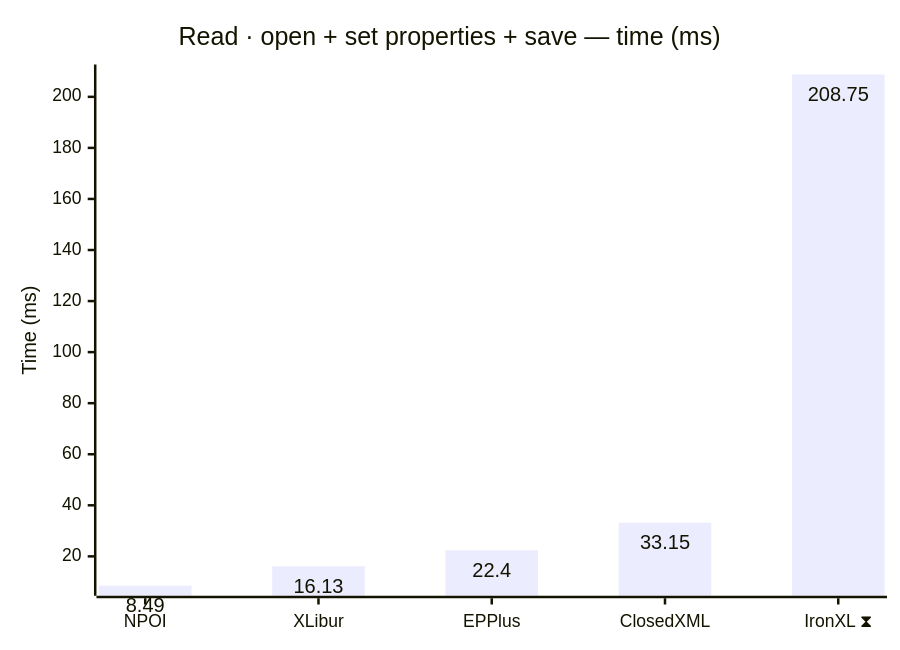
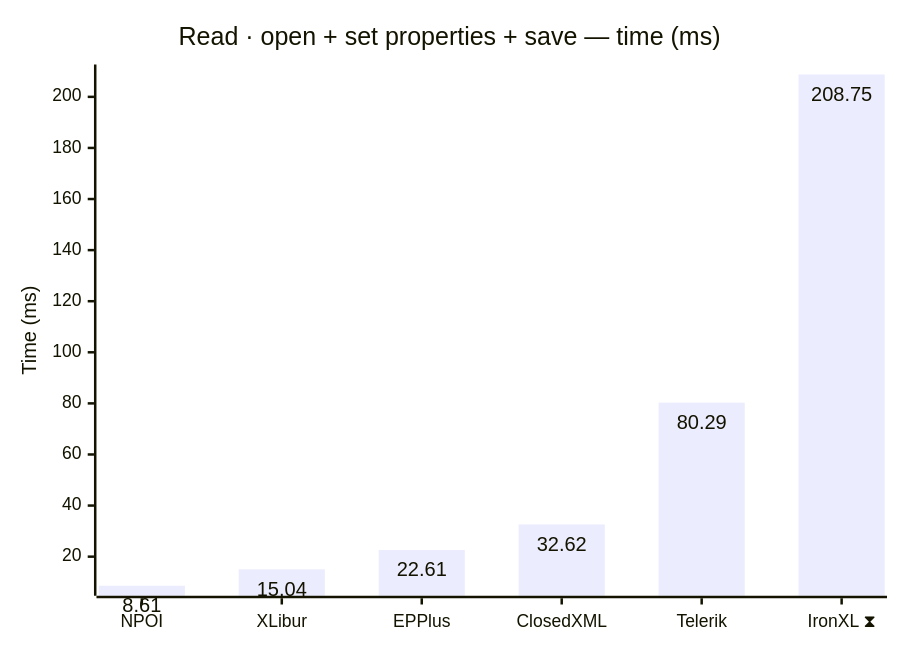
The first of 12 diagrams in docs/results.md (jafin/XLBench), drawn with Mermaid before and after one commit. The commit also changed other lines of this file and 3 other files, not shown here.

````diff
--- a/docs/results.md
+++ b/docs/results.md
@@ -39,12 +40,12 @@
 ```mermaid
 ---
 config:
   xyChart:
     showDataLabel: true
 ---
 xychart-beta
     title "Read · open + set properties + save — time (ms)"
-    x-axis ["NPOI", "XLibur", "EPPlus", "ClosedXML", "IronXL ⧗"]
+    x-axis ["NPOI", "XLibur", "EPPlus", "ClosedXML", "Telerik", "IronXL ⧗"]
     y-axis "Time (ms)"
-    bar [8.49, 16.13, 22.4, 33.15, 208.75]
+    bar [8.61, 15.04, 22.61, 32.62, 80.29, 208.75]
 ```
````
